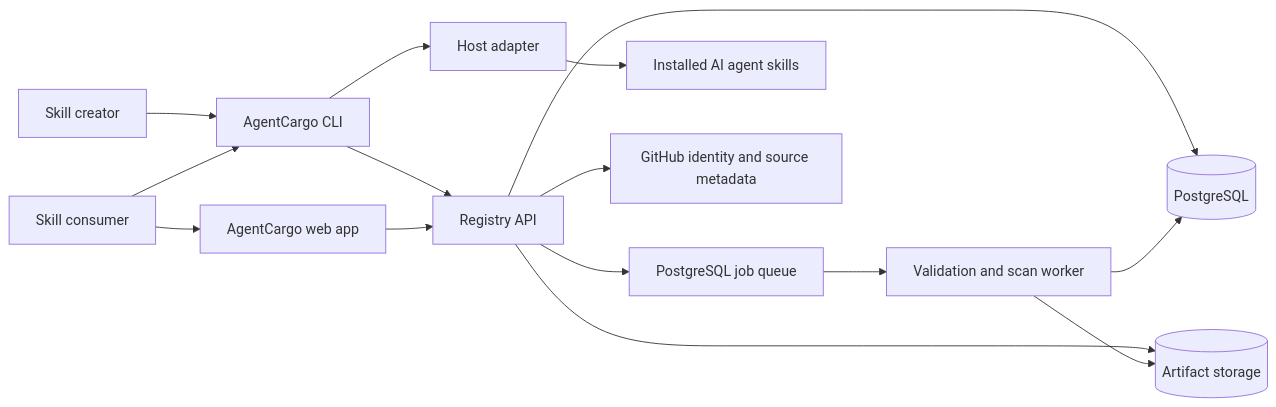
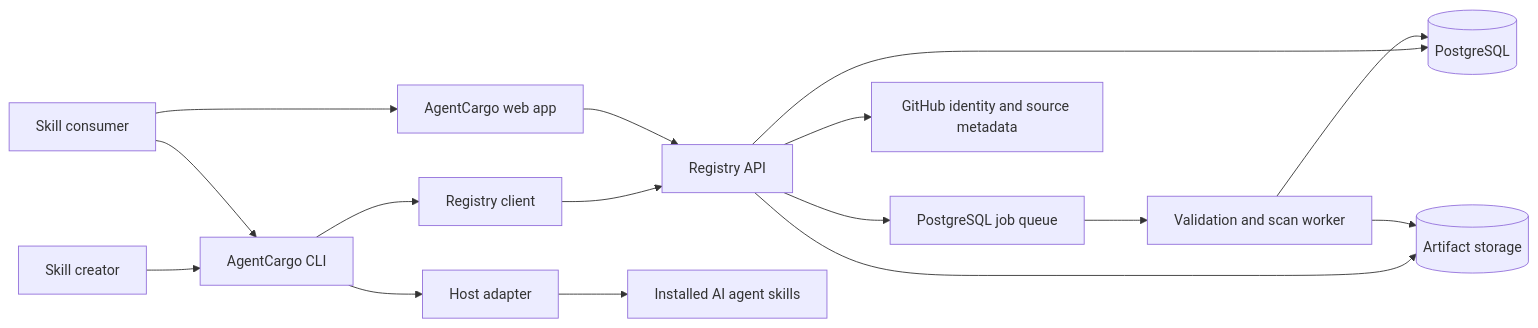
Before and after one commit to PatilSarvesh/AgentCargo: the first of 4 diagrams in docs/ARCHITECTURE.md, drawn with Mermaid. The commit also changed other lines of this file and 136 other files, not shown here.

````diff
--- a/docs/ARCHITECTURE.md
+++ b/docs/ARCHITECTURE.md
@@ -33,17 +33,18 @@
 ```mermaid
 flowchart LR
     Creator["Skill creator"] --> CLI["AgentCargo CLI"]
     Developer["Skill consumer"] --> CLI
     Developer --> Web["AgentCargo web app"]
-    CLI --> API["Registry API"]
+    CLI --> Client["Registry client"]
+    Client --> API["Registry API"]
     Web --> API
     API --> DB[("PostgreSQL")]
     API --> Store[("Artifact storage")]
     API --> Queue["PostgreSQL job queue"]
     Queue --> Worker["Validation and scan worker"]
     Worker --> DB
     Worker --> Store
     CLI --> Adapter["Host adapter"]
     Adapter --> Host["Installed AI agent skills"]
     API --> GitHub["GitHub identity and source metadata"]
 ```
````
